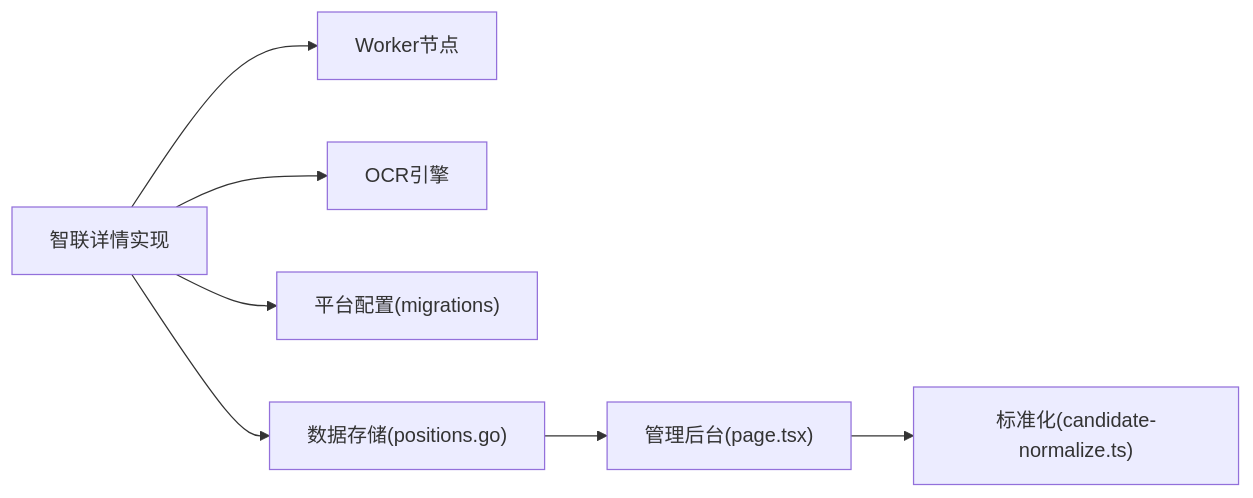
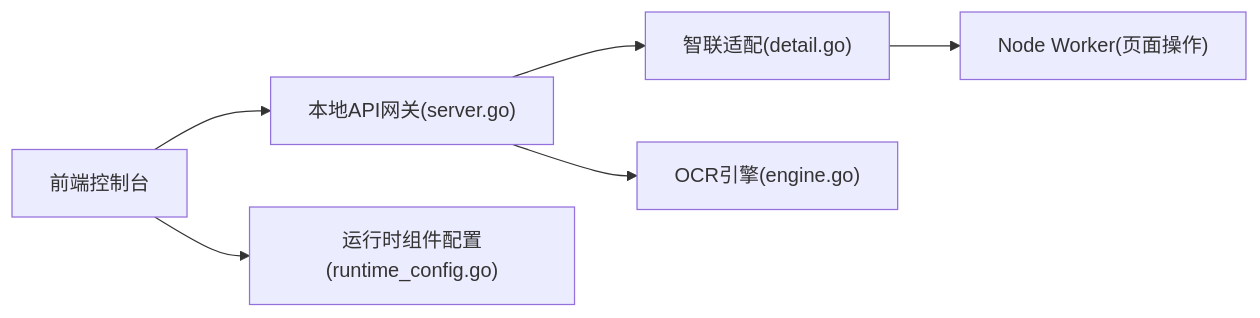
Before and after one commit to alvinwangzi/goodhr: the sixth of 6 diagrams in .qoder/repowiki/zh/content/本地执行器/平台适配器/前程无忧适配器/简历详情.md, drawn with Mermaid. The commit also changed other lines of this file and 149 other files, not shown here.

````diff
--- a/.qoder/repowiki/zh/content/本地执行器/平台适配器/前程无忧适配器/简历详情.md
+++ b/.qoder/repowiki/zh/content/本地执行器/平台适配器/前程无忧适配器/简历详情.md
@@ -317,9 +283,8 @@
 ```mermaid
 graph LR
-ZR["智联详情实现"] --> WN["Worker节点"]
-ZR --> OCR["OCR引擎"]
-ZR --> CFG["平台配置(migrations)"]
-ZR --> DB["数据存储(positions.go)"]
-DB --> UI["管理后台(page.tsx)"]
-UI --> NORM["标准化(candidate-normalize.ts)"]
+FE["前端控制台"] --> API["本地API网关(server.go)"]
+API --> ZP["智联适配(detail.go)"]
+API --> OCR["OCR引擎(engine.go)"]
+ZP --> WK["Node Worker(页面操作)"]
+FE --> CFG["运行时组件配置(runtime_config.go)"]
 ```
````
